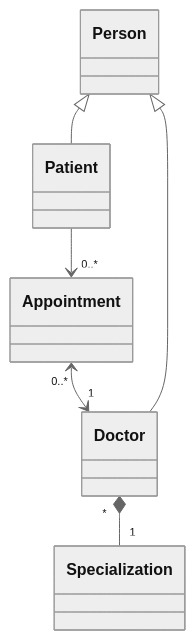
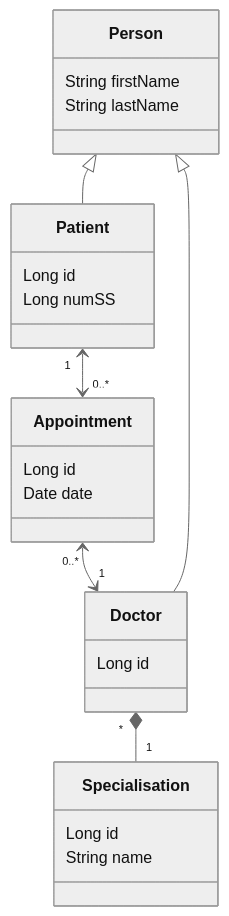
The diagram in README.md (barais/tpjpa2024), drawn with Mermaid (neutral theme) before and after one commit. The commit also changed other lines of this file and 1 other file, not shown here.

Commit message:
refacto to merge

````diff
--- a/README.md
+++ b/README.md
@@ -10,8 +10,33 @@
 ```mermaid
 classDiagram
-	Patient --> "0..*" Appointment  
-  Appointment "0..*" <--> "1" Doctor
-  Doctor "*" *-- "1" Specialization
-  Person <|-- Patient
-  Person <|-- Doctor
+    Patient "1" <--> "0..*" Appointment  
+    Appointment "0..*" <--> "1" Doctor
+    Doctor "*" *-- "1" Specialisation
+    Person <|-- Patient
+    Person <|-- Doctor
+
+    class Person {
+       String firstName    
+       String lastName
+    }
+
+    class Patient {
+        Long id
+        Long numSS
+    }
+
+    class Specialisation {
+        Long id
+        String name
+    }
+
+    class Doctor {
+        Long id
+    }
+
+    class Appointment {
+        Long id
+        Date date
+    }
+
 ```
````
